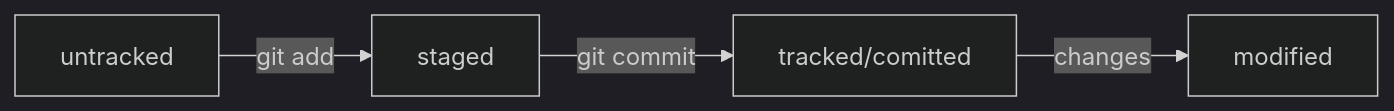
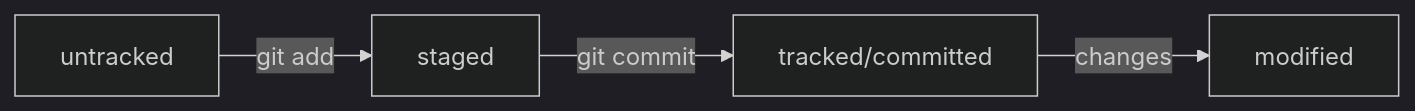
Before and after one commit to amizory/git-cheat-sheet: the diagram in README.md, drawn with Mermaid (dark theme). The commit also changed other lines of this file, not shown here.

````diff
--- a/README.md
+++ b/README.md
@@ -86,6 +86,6 @@
 ```mermaid
 graph LR;
   untracked -- "git add" --> staged;
-  staged    -- "git commit" --> tracked/comitted;
-  tracked/comitted -- "changes" --> modified;
+  staged    -- "git commit" --> tracked/committed;
+  tracked/committed -- "changes" --> modified;
 ```
````
